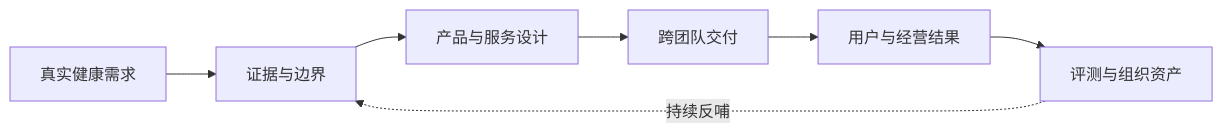
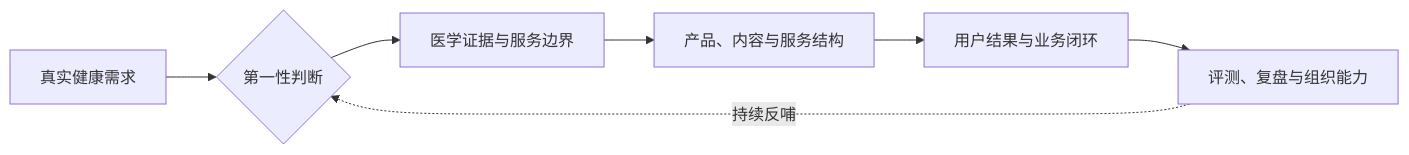
The first of 6 diagrams in README.md (televgtamfe-coder/digital-health-care), drawn with Mermaid before and after one commit. The commit also changed other lines of this file, not shown here.

````diff
--- a/README.md
+++ b/README.md
@@ -23,9 +27,9 @@
 ```mermaid
 flowchart LR
-    A["真实健康需求"] --> B["证据与边界"]
-    B --> C["产品与服务设计"]
-    C --> D["跨团队交付"]
-    D --> E["用户与经营结果"]
-    E --> F["评测与组织资产"]
+    A["真实健康需求"] --> B{"第一性判断"}
+    B --> C["医学证据与服务边界"]
+    C --> D["产品、内容与服务结构"]
+    D --> E["用户结果与业务闭环"]
+    E --> F["评测、复盘与组织能力"]
     F -. "持续反哺" .-> B
 ```
````
